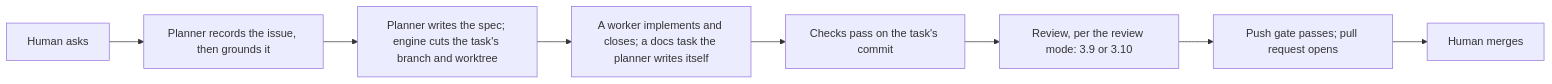
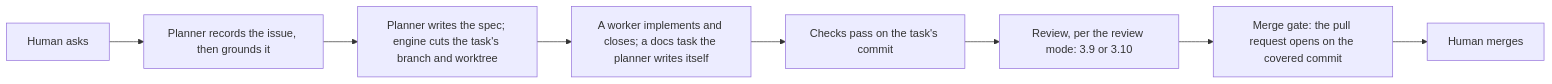
One commit to trustmybot/tmb changed the sixth of 12 diagrams in docs/flows/FLOWS.md. Above: the diagram before and after it, drawn with Mermaid. The commit also changed other lines of this file and 11 other files, not shown here.

First line of the commit message:
📝 docs: review gates the merge, the push gate guards the base branch

````diff
--- a/docs/flows/FLOWS.md
+++ b/docs/flows/FLOWS.md
@@ -124,10 +124,10 @@
 ```mermaid
 flowchart LR
     A["Human asks"] --> B["Planner records the issue, then grounds it"]
     B --> C["Planner writes the spec; engine cuts the task's branch and worktree"]
     C --> D["A worker implements and closes; a docs task the planner writes itself"]
     D --> E["Checks pass on the task's commit"]
     E --> F["Review, per the review mode: 3.9 or 3.10"]
-    F --> G["Push gate passes; pull request opens"]
+    F --> G["Merge gate: the pull request opens on the covered commit"]
     G --> H["Human merges"]
 ```
````
